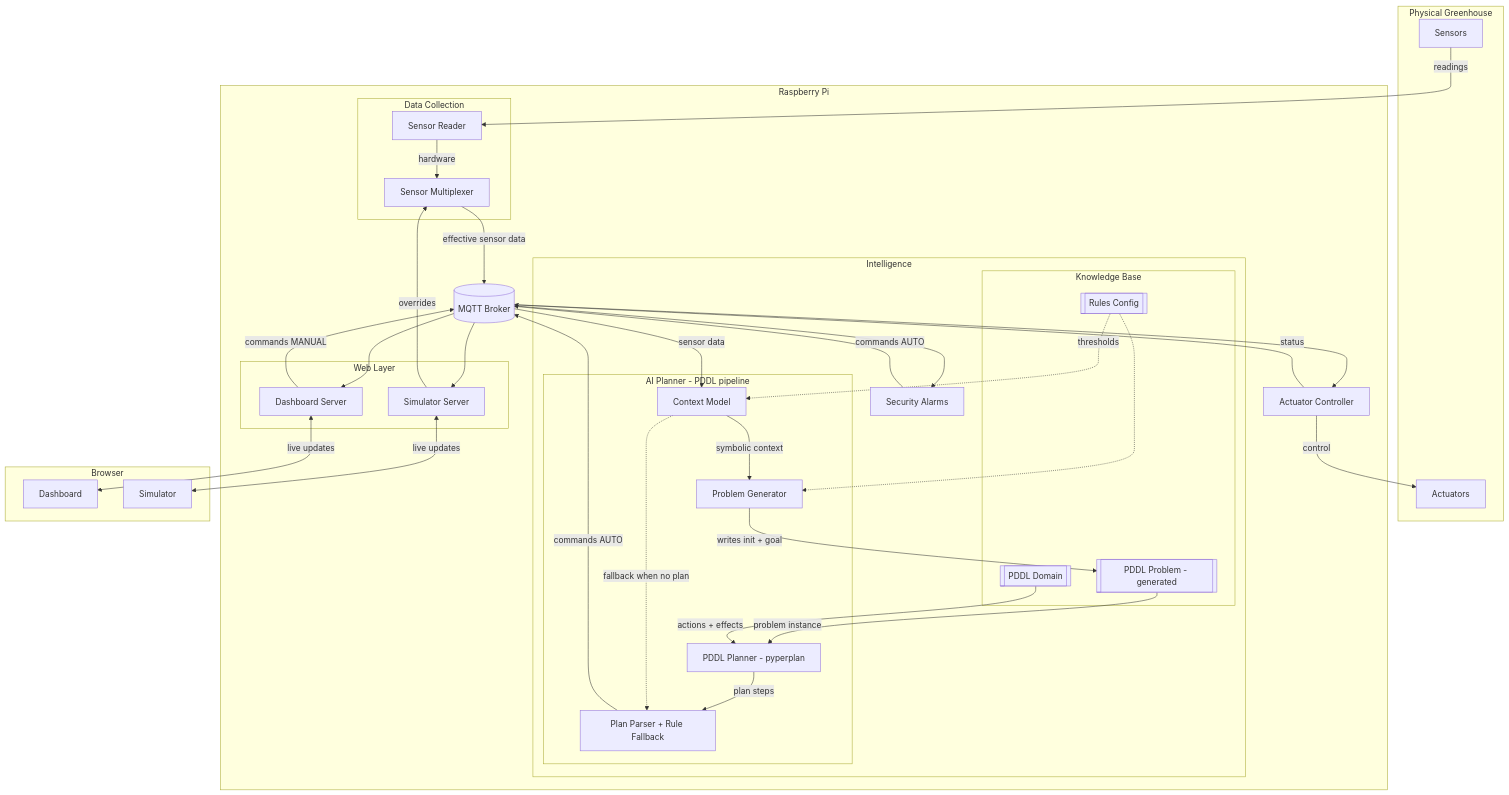
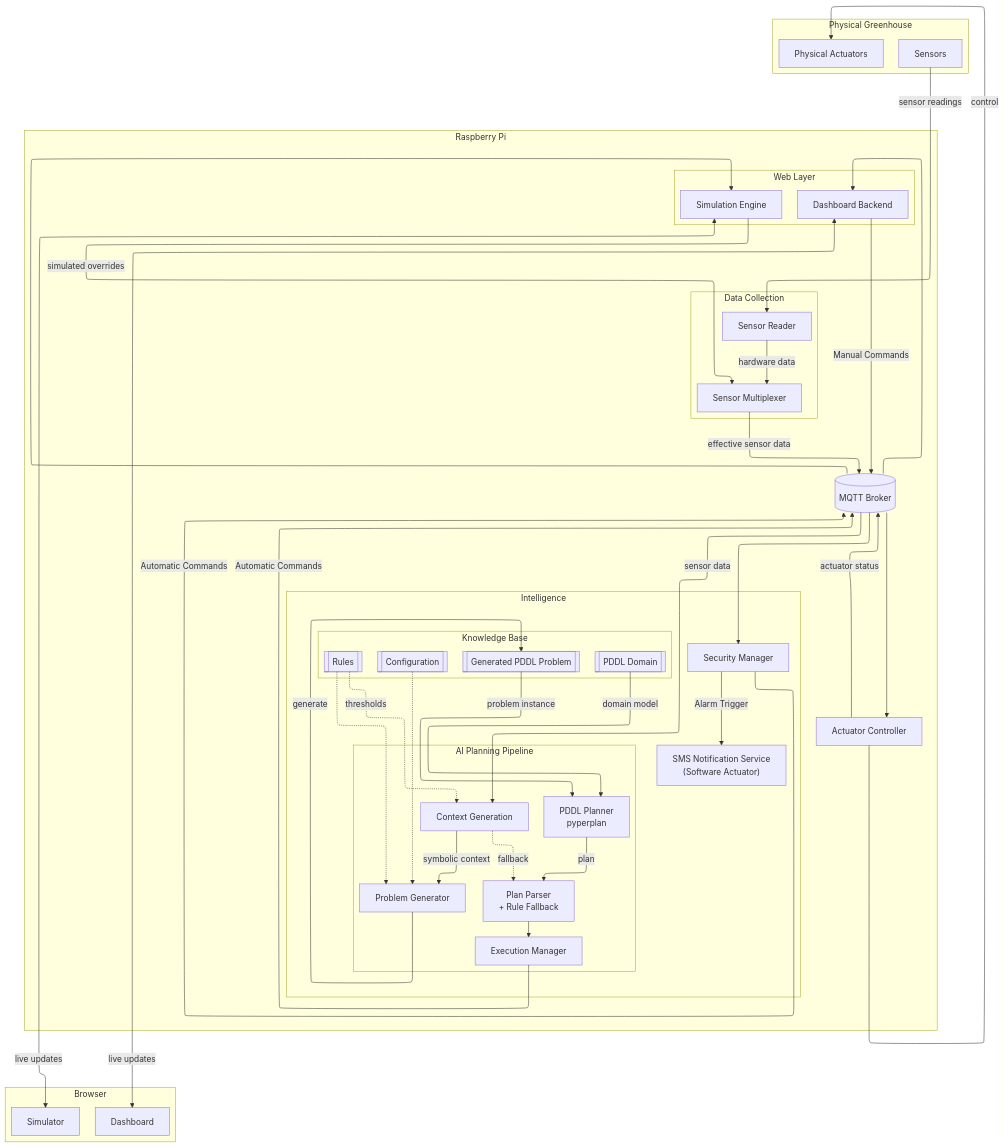
One commit to VedantS73/smart-greenhouse-sciot changed the first of 2 diagrams in README.md. Above: the diagram before and after it, drawn with Mermaid.

````diff
--- a/README.md
+++ b/README.md
@@ -11,81 +11,74 @@
 ```mermaid
+---
+config:
+    flowchart:
+        defaultRenderer: elk
+---
 flowchart TB
-  subgraph physical [Physical Greenhouse]
-    sensors[Sensors]
-    actuators[Actuators]
+ subgraph physical["Physical Greenhouse"]
+        sensors["Sensors"]
+        actuators["Physical Actuators"]
   end
-
-  subgraph pi [Raspberry Pi]
-    mqtt[(MQTT Broker)]
-
-    subgraph collect [Data Collection]
-      sensorReader[Sensor Reader]
-      sensorMux[Sensor Multiplexer]
-    end
-
-    subgraph intelligence [Intelligence]
-      subgraph planner [AI Planner - PDDL pipeline]
-        contextModel[Context Model]
-        problemGen[Problem Generator]
-        pddlPlanner[PDDL Planner - pyperplan]
-        planParser[Plan Parser + Rule Fallback]
-      end
-
-      subgraph kb [Knowledge Base]
-        domain[[PDDL Domain]]
-        problem[[PDDL Problem - generated]]
-        rules[[Rules Config]]
-      end
-
-      security[Security Alarms]
-    end
-
-    actuatorCtrl[Actuator Controller]
-
-    subgraph web [Web Layer]
-      dashServer[Dashboard Server]
-      simServer[Simulator Server]
-    end
+ subgraph collect["Data Collection"]
+        sensorReader["Sensor Reader"]
+        sensorMux["Sensor Multiplexer"]
   end
-
-  subgraph browser [Browser]
-    dashboard[Dashboard]
-    simulator[Simulator]
+ subgraph planner["AI Planning Pipeline"]
+        contextGen["Context Generation"]
+        problemGen["Problem Generator"]
+        pddlPlanner["PDDL Planner<br>pyperplan"]
+        planParser["Plan Parser<br>+ Rule Fallback"]
+        execution["Execution Manager"]
   end
-
-  %% sensing
-  sensors -->|"readings"| sensorReader
-  sensorReader -->|"hardware"| sensorMux
-  simServer -->|"overrides"| sensorMux
-  sensorMux -->|"effective sensor data"| mqtt
-
-  %% fan-out from the bus
-  mqtt -->|"sensor data"| contextModel
-  mqtt --> security
-  mqtt --> dashServer
-
-  %% PDDL planning pipeline
-  rules -.->|"thresholds"| contextModel
-  contextModel -->|"symbolic context"| problemGen
-  rules -.-> problemGen
-  problemGen -->|"writes init + goal"| problem
-  problem -->|"problem instance"| pddlPlanner
-  domain -->|"actions + effects"| pddlPlanner
-  pddlPlanner -->|"plan steps"| planParser
-  contextModel -.->|"fallback when no plan"| planParser
-  planParser -->|"commands AUTO"| mqtt
-
-  %% security + manual control
-  security -->|"commands AUTO"| mqtt
-  dashServer -->|"commands MANUAL"| mqtt
-
-  %% actuation
-  mqtt --> actuatorCtrl
-  actuatorCtrl -->|"control"| actuators
-  actuatorCtrl -->|"status"| mqtt
-
-  %% web layer
-  dashServer <-->|"live updates"| dashboard
-  simServer <-->|"live updates"| simulator
-  mqtt --> simServer
+ subgraph kb["Knowledge Base"]
+        domain[["PDDL Domain"]]
+        problem[["Generated PDDL Problem"]]
+        rules[["Rules"]]
+        config[["Configuration"]]
+  end
+ subgraph intelligence["Intelligence"]
+        planner
+        kb
+        security["Security Manager"]
+        sms["SMS Notification Service<br>(Software Actuator)"]
+  end
+ subgraph web["Web Layer"]
+        dashBackend["Dashboard Backend"]
+        simEngine["Simulation Engine"]
+  end
+ subgraph pi["Raspberry Pi"]
+        mqtt[("MQTT Broker")]
+        collect
+        intelligence
+        actuatorCtrl["Actuator Controller"]
+        web
+  end
+ subgraph browser["Browser"]
+        dashboard["Dashboard"]
+        simulator["Simulator"]
+  end
+    sensors -- sensor readings --> sensorReader
+    sensorReader -- hardware data --> sensorMux
+    simEngine -- simulated overrides --> sensorMux
+    sensorMux -- effective sensor data --> mqtt
+    mqtt -- sensor data --> contextGen
+    mqtt --> security & dashBackend & actuatorCtrl & simEngine
+    rules -. thresholds .-> contextGen
+    contextGen -- symbolic context --> problemGen
+    rules -.-> problemGen
+    config -.-> problemGen
+    problemGen -- generate --> problem
+    problem -- problem instance --> pddlPlanner
+    domain -- domain model --> pddlPlanner
+    pddlPlanner -- plan --> planParser
+    contextGen -. fallback .-> planParser
+    planParser --> execution
+    execution -- Automatic Commands --> mqtt
+    security -- Alarm Trigger --> sms
+    security -- Automatic Commands --> mqtt
+    dashBackend -- Manual Commands --> mqtt
+    actuatorCtrl -- control --> actuators
+    actuatorCtrl -- actuator status --> mqtt
+    dashBackend <-- live updates --> dashboard
+    simEngine <-- live updates --> simulator
 ```
````
